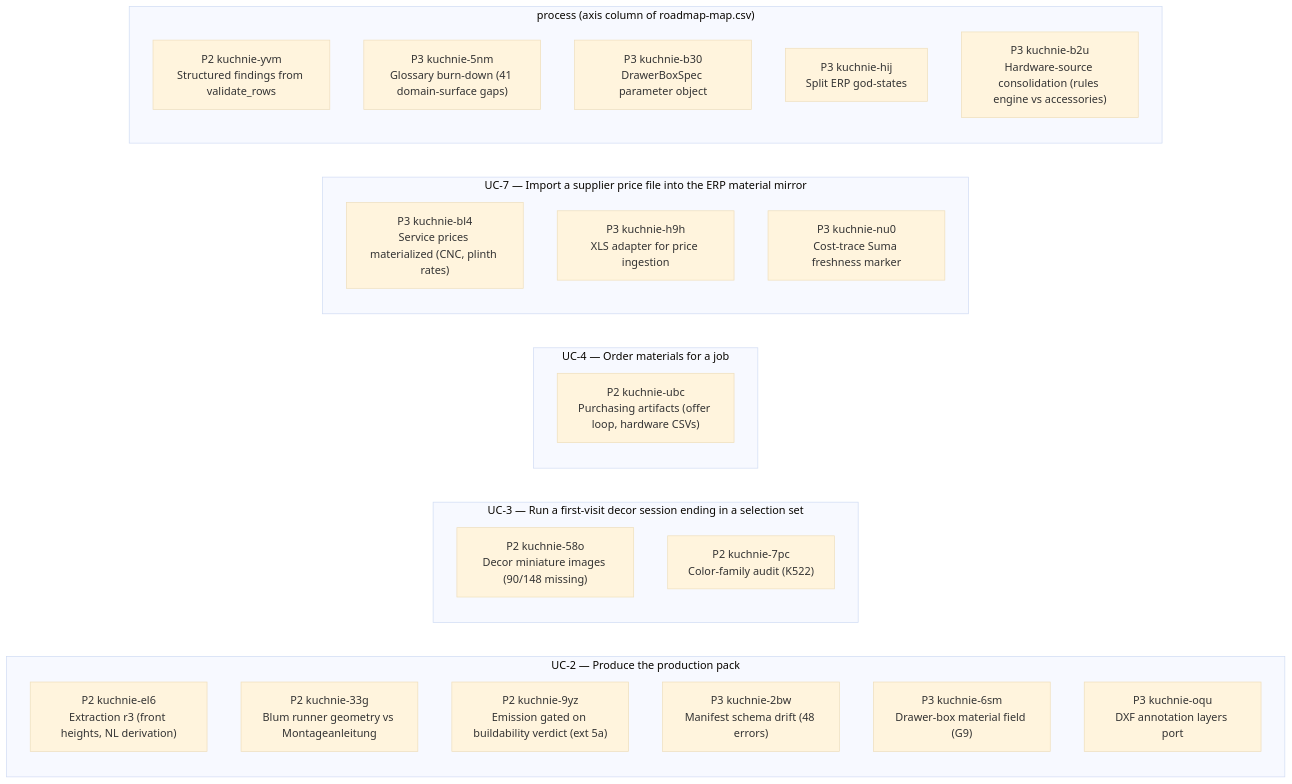
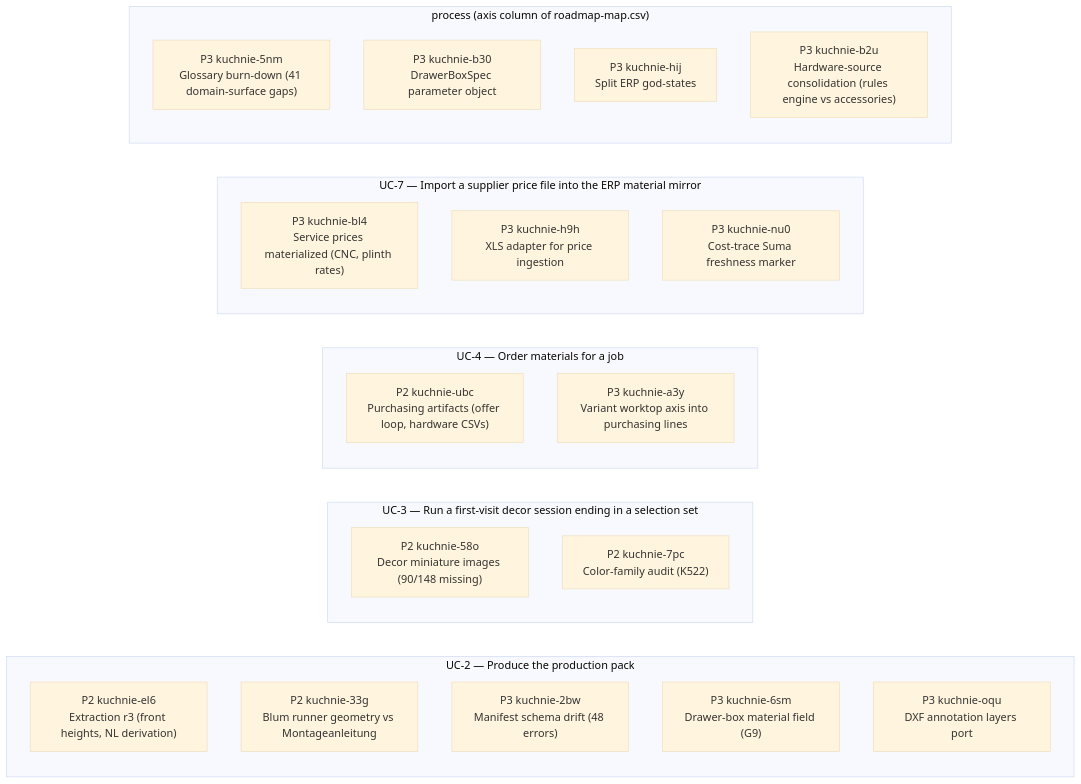
The second of 2 diagrams in STATUS.md (m1981/kuchnie), drawn with Mermaid (base theme) before and after one commit. The commit also changed other lines of this file and 4 other files, not shown here.

````diff
--- a/STATUS.md
+++ b/STATUS.md
@@ -141,30 +146,29 @@
 ```mermaid
 flowchart LR
     subgraph gUC_2 ["UC-2 — Produce the production pack"]
         u_kuchnie_el6["P2 kuchnie-el6<br/>Extraction r3 (front heights, NL derivation)"]
         u_kuchnie_33g["P2 kuchnie-33g<br/>Blum runner geometry vs Montageanleitung"]
-        u_kuchnie_9yz["P2 kuchnie-9yz<br/>Emission gated on buildability verdict (ext 5a)"]
         u_kuchnie_2bw["P3 kuchnie-2bw<br/>Manifest schema drift (48 errors)"]
         u_kuchnie_6sm["P3 kuchnie-6sm<br/>Drawer-box material field (G9)"]
         u_kuchnie_oqu["P3 kuchnie-oqu<br/>DXF annotation layers port"]
     end
     subgraph gUC_3 ["UC-3 — Run a first-visit decor session ending in a selection set"]
         u_kuchnie_58o["P2 kuchnie-58o<br/>Decor miniature images (90/148 missing)"]
         u_kuchnie_7pc["P2 kuchnie-7pc<br/>Color-family audit (K522)"]
     end
     subgraph gUC_4 ["UC-4 — Order materials for a job"]
         u_kuchnie_ubc["P2 kuchnie-ubc<br/>Purchasing artifacts (offer loop, hardware CSVs)"]
+        u_kuchnie_a3y["P3 kuchnie-a3y<br/>Variant worktop axis into purchasing lines"]
     end
     subgraph gUC_7 ["UC-7 — Import a supplier price file into the ERP material mirror"]
         u_kuchnie_bl4["P3 kuchnie-bl4<br/>Service prices materialized (CNC, plinth rates)"]
         u_kuchnie_h9h["P3 kuchnie-h9h<br/>XLS adapter for price ingestion"]
         u_kuchnie_nu0["P3 kuchnie-nu0<br/>Cost-trace Suma freshness marker"]
     end
     subgraph g_none ["process (axis column of roadmap-map.csv)"]
-        u_kuchnie_yvm["P2 kuchnie-yvm<br/>Structured findings from validate_rows"]
         u_kuchnie_5nm["P3 kuchnie-5nm<br/>Glossary burn-down (41 domain-surface gaps)"]
         u_kuchnie_b30["P3 kuchnie-b30<br/>DrawerBoxSpec parameter object"]
         u_kuchnie_hij["P3 kuchnie-hij<br/>Split ERP god-states"]
         u_kuchnie_b2u["P3 kuchnie-b2u<br/>Hardware-source consolidation (rules engine vs accessories)"]
     end
 ```
````
